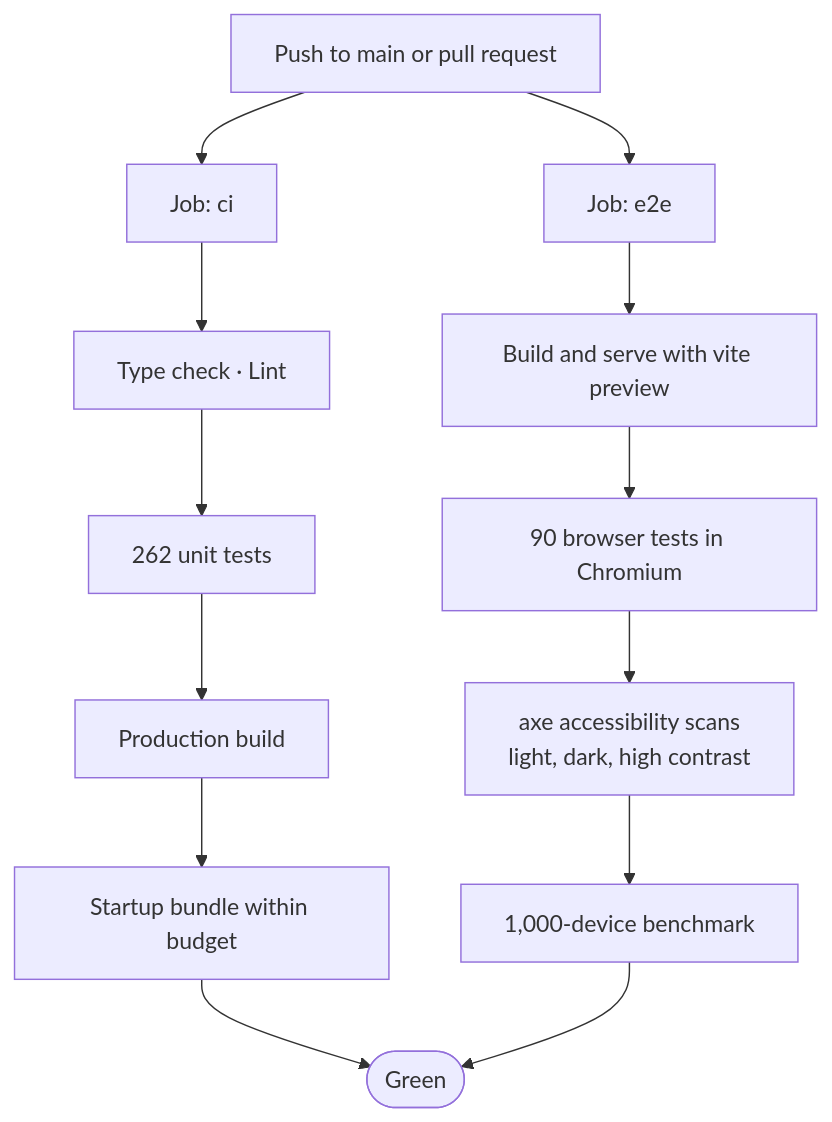
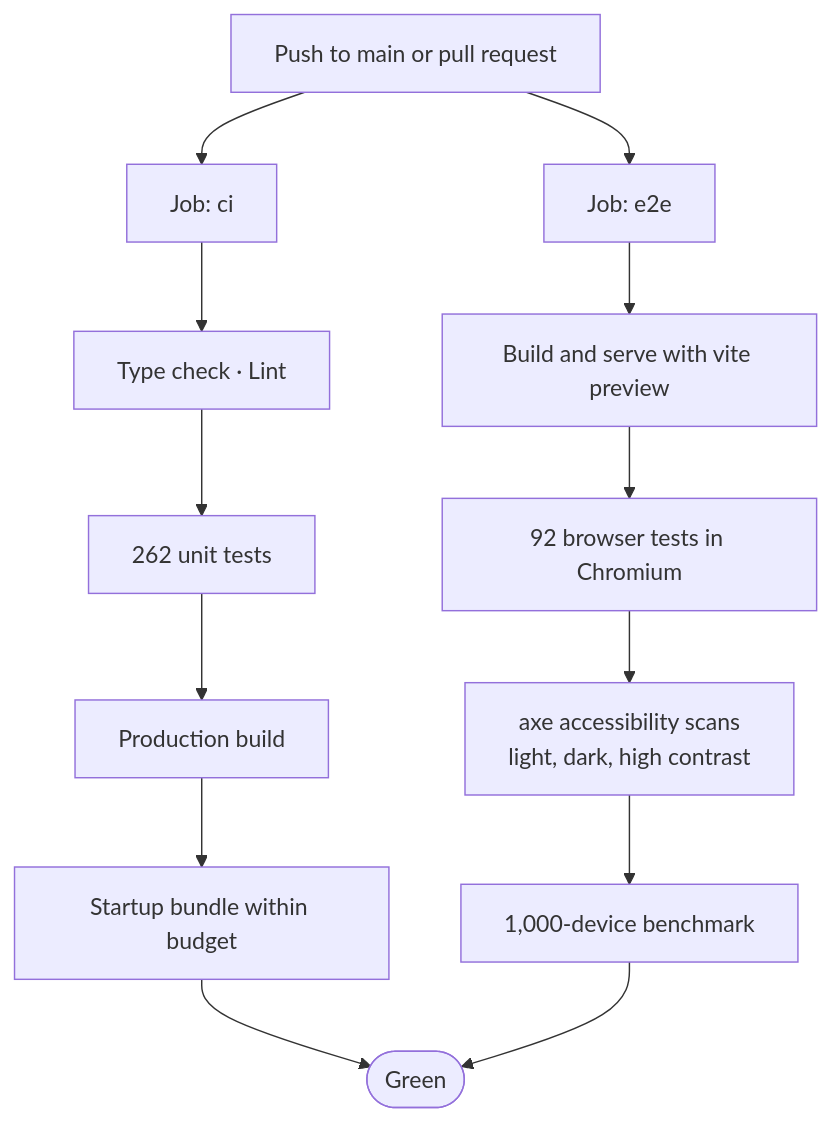
One commit to vijaykumargowdakk/ReSecArc changed diagram 29 of 32 in README.md. Above: the diagram before and after it, drawn with Mermaid. The commit also changed other lines of this file and 4 other files, not shown here.

````diff
--- a/README.md
+++ b/README.md
@@ -1281,15 +1281,15 @@
 ```mermaid
 flowchart TB
     PUSH["Push to main or pull request"] --> J1["Job: ci"]
     PUSH --> J2["Job: e2e"]
     J1 --> A1["Type check · Lint"]
     A1 --> A2["262 unit tests"]
     A2 --> A3["Production build"]
     A3 --> A4["Startup bundle within budget"]
     J2 --> B1["Build and serve with vite preview"]
-    B1 --> B2["90 browser tests in Chromium"]
+    B1 --> B2["92 browser tests in Chromium"]
     B2 --> B3["axe accessibility scans<br/>light, dark, high contrast"]
     B3 --> B4["1,000-device benchmark"]
     A4 --> OK(["Green"])
     B4 --> OK
 ```
````
